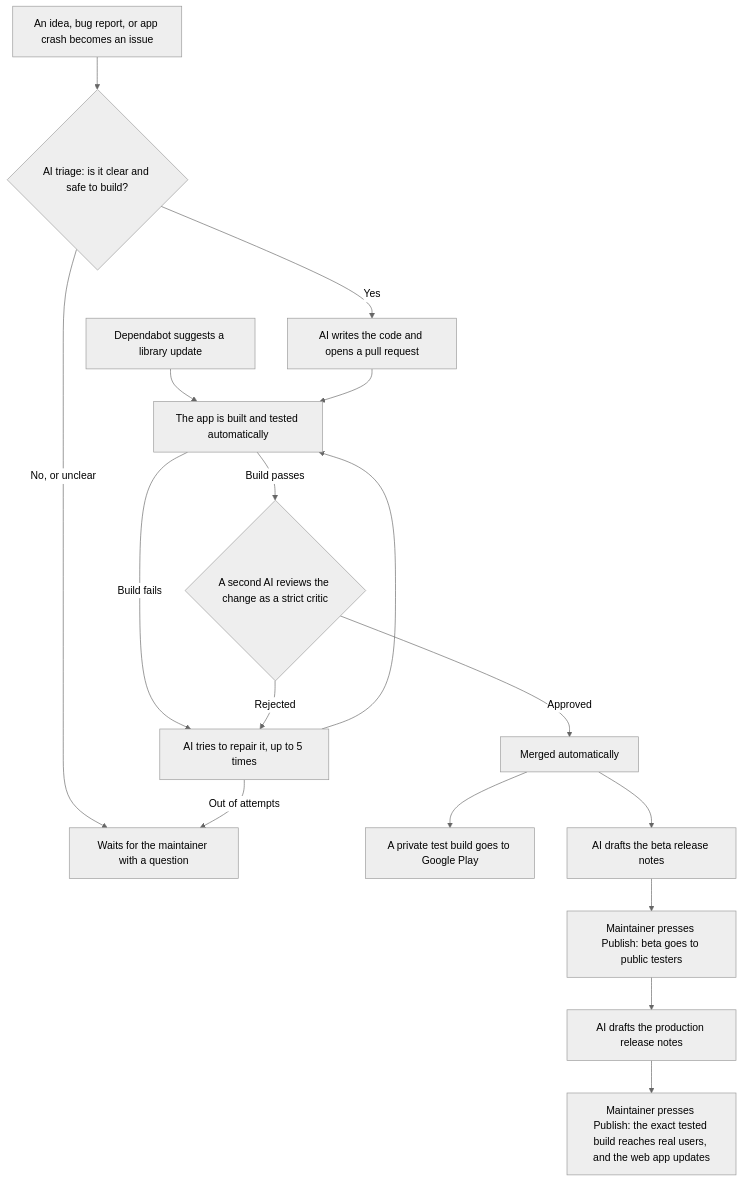
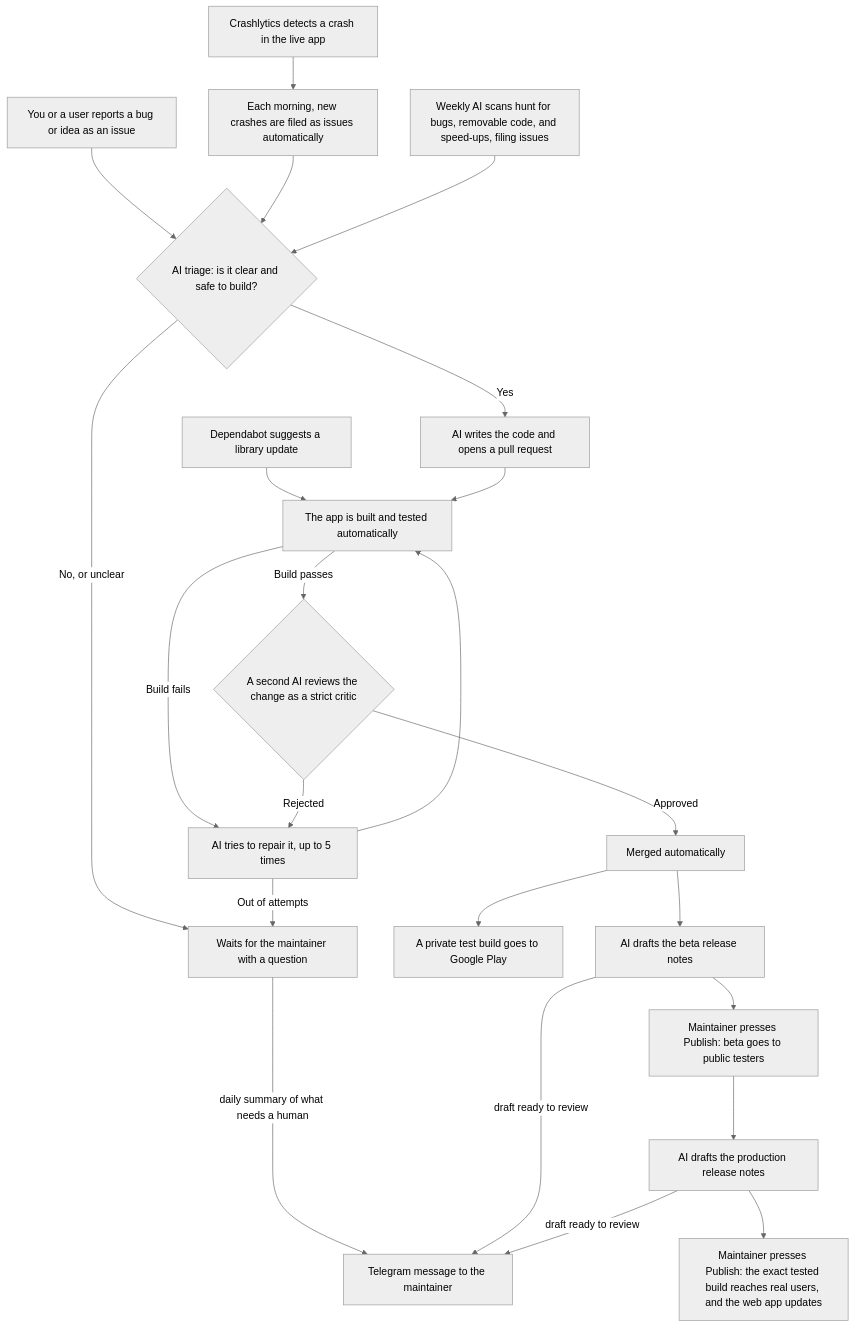
One commit to yanukadeneth99/Cue-Clock changed the diagram in README.md. Above: the diagram before and after it, drawn with Mermaid (neutral theme). The commit also changed other lines of this file and 2 other files, not shown here.

Commit message:
Add AI evals health score and update README diagram
- Add computeScore() to evals.js: a weighted 0-100 health mark from acceptance (50%), independence (30%), and low repair churn (20%), with automatic weight rebalancing when an ingredient has no data for the month
- Wire the score into computeScoreboard() and add a Score /100 column to the scoreboard table and header
- Add 5 new tests covering the quiet-month, perfect-month, pure-churn, rebalanced-weights, and capped-acceptance cases
- Update README.md's automation diagram to show Crashlytics crash-to-issue and weekly AI-scan-to-issue flows, plus Telegram notification branches, and add a new AI Evals section describing the JSONL audit log and scoreboard

````diff
--- a/README.md
+++ b/README.md
@@ -83,19 +81,25 @@
 ```mermaid
 flowchart TD
-    A["An idea, bug report, or app crash becomes an issue"] --> B{"AI triage: is it clear and safe to build?"}
+    A["You or a user reports a bug or idea as an issue"] --> B{"AI triage: is it clear and safe to build?"}
+    X["Crashlytics detects a crash in the live app"] --> X2["Each morning, new crashes are filed as issues automatically"]
+    X2 --> B
+    W["Weekly AI scans hunt for bugs, removable code, and speed-ups, filing issues"] --> B
     B -- "No, or unclear" --> C["Waits for the maintainer with a question"]
     B -- "Yes" --> D["AI writes the code and opens a pull request"]
     E["Dependabot suggests a library update"] --> F
     D --> F["The app is built and tested automatically"]
     F -- "Build fails" --> G["AI tries to repair it, up to 5 times"]
     G --> F
     F -- "Build passes" --> H{"A second AI reviews the change as a strict critic"}
     H -- "Rejected" --> G
     G -- "Out of attempts" --> C
     H -- "Approved" --> I["Merged automatically"]
     I --> J["A private test build goes to Google Play"]
     I --> K["AI drafts the beta release notes"]
     K --> L["Maintainer presses Publish: beta goes to public testers"]
     L --> M["AI drafts the production release notes"]
     M --> N["Maintainer presses Publish: the exact tested build reaches real users, and the web app updates"]
+    C -- "daily summary of what needs a human" --> TG["Telegram message to the maintainer"]
+    K -- "draft ready to review" --> TG
+    M -- "draft ready to review" --> TG
 ```
````
